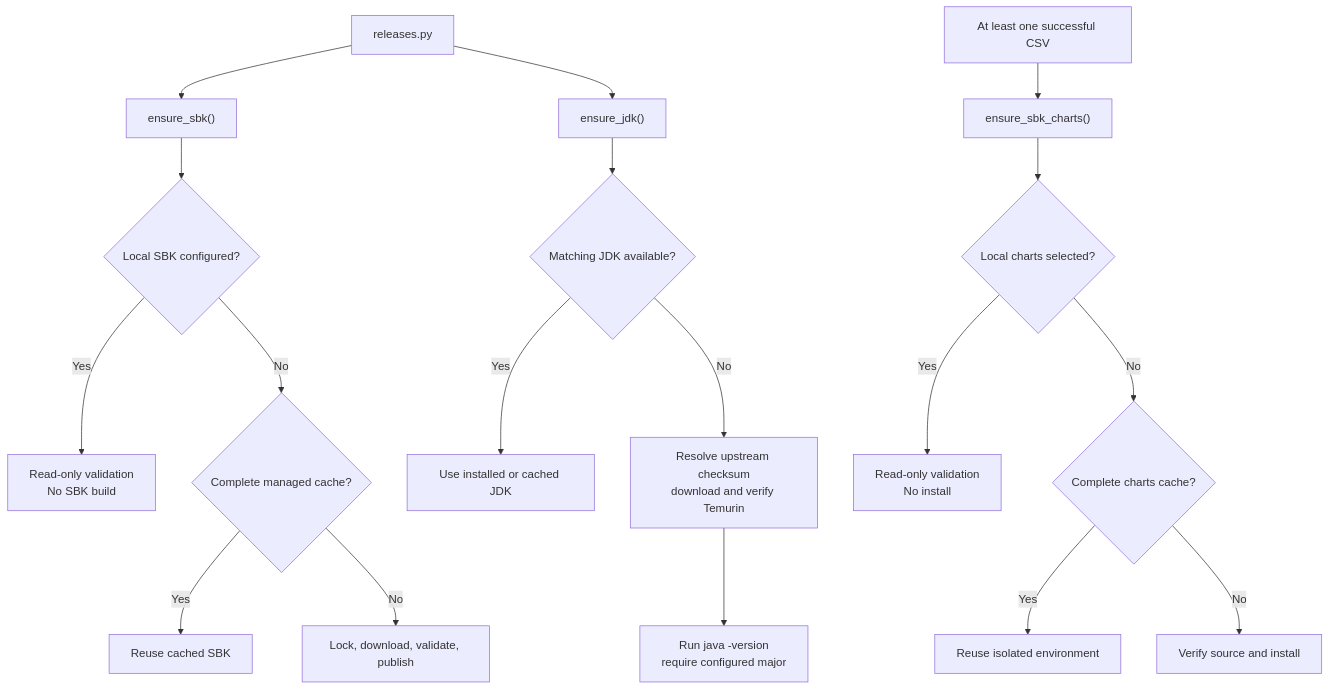
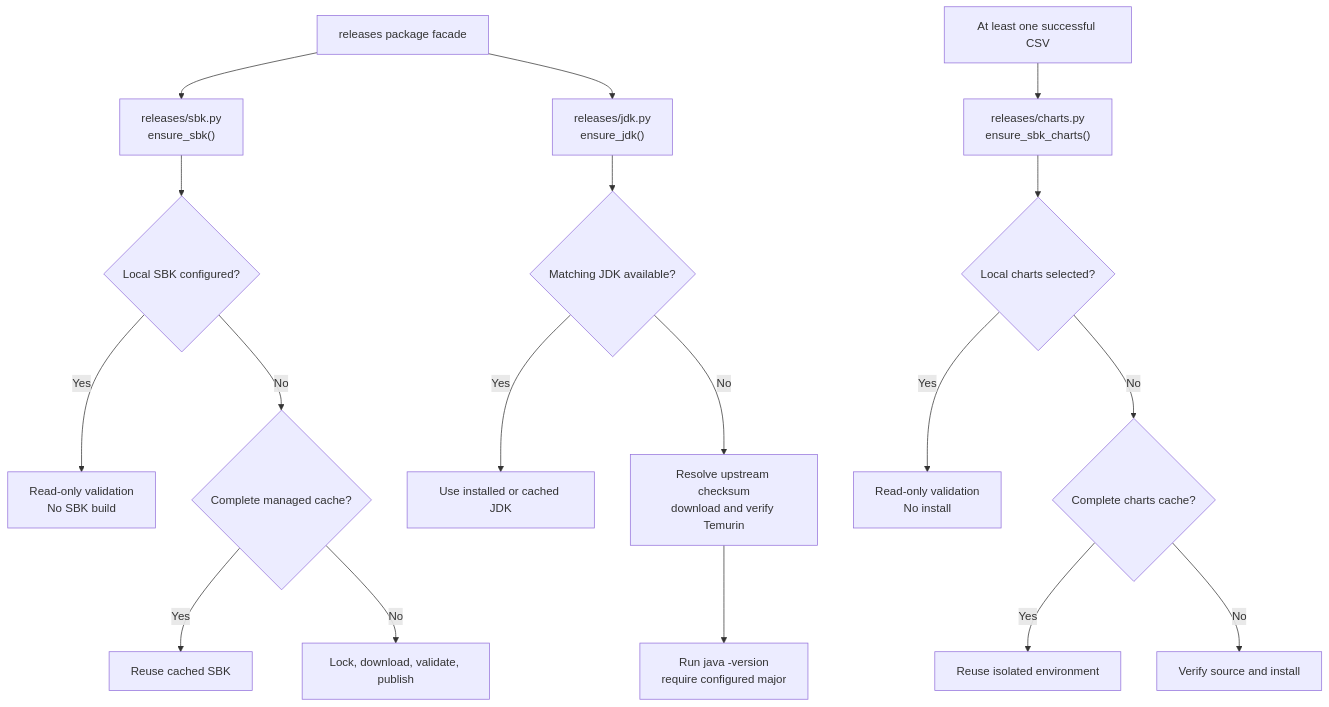
One commit to kmgowda/sbk-analytics changed the third of 7 diagrams in analytics/ARCHITECTURE.md. Above: the diagram before and after it, drawn with Mermaid. The commit also changed other lines of this file and 16 other files, not shown here.

````diff
--- a/analytics/ARCHITECTURE.md
+++ b/analytics/ARCHITECTURE.md
@@ -98,24 +101,24 @@
 ```mermaid
 flowchart TB
-    Resolver["releases.py"]
+    Resolver["releases package facade"]
 
-    Resolver --> EnsureSBK["ensure_sbk()"]
+    Resolver --> EnsureSBK["releases/sbk.py<br/>ensure_sbk()"]
     EnsureSBK --> LocalSBK{"Local SBK configured?"}
     LocalSBK -->|Yes| ValidateSBK["Read-only validation<br/>No SBK build"]
     LocalSBK -->|No| CachedSBK{"Complete managed cache?"}
     CachedSBK -->|Yes| ReuseSBK["Reuse cached SBK"]
     CachedSBK -->|No| DownloadSBK["Lock, download, validate, publish"]
 
-    Resolver --> EnsureJDK["ensure_jdk()"]
+    Resolver --> EnsureJDK["releases/jdk.py<br/>ensure_jdk()"]
     EnsureJDK --> ExistingJDK{"Matching JDK available?"}
     ExistingJDK -->|Yes| ReuseJDK["Use installed or cached JDK"]
     ExistingJDK -->|No| DownloadJDK["Resolve upstream checksum<br/>download and verify Temurin"]
     DownloadJDK --> ValidateJDK["Run java -version<br/>require configured major"]
 
-    CSV["At least one successful CSV"] --> EnsureCharts["ensure_sbk_charts()"]
+    CSV["At least one successful CSV"] --> EnsureCharts["releases/charts.py<br/>ensure_sbk_charts()"]
     EnsureCharts --> LocalCharts{"Local charts selected?"}
     LocalCharts -->|Yes| ValidateCharts["Read-only validation<br/>No install"]
     LocalCharts -->|No| CachedCharts{"Complete charts cache?"}
     CachedCharts -->|Yes| ReuseCharts["Reuse isolated environment"]
     CachedCharts -->|No| InstallCharts["Verify source and install"]
 ```
````
